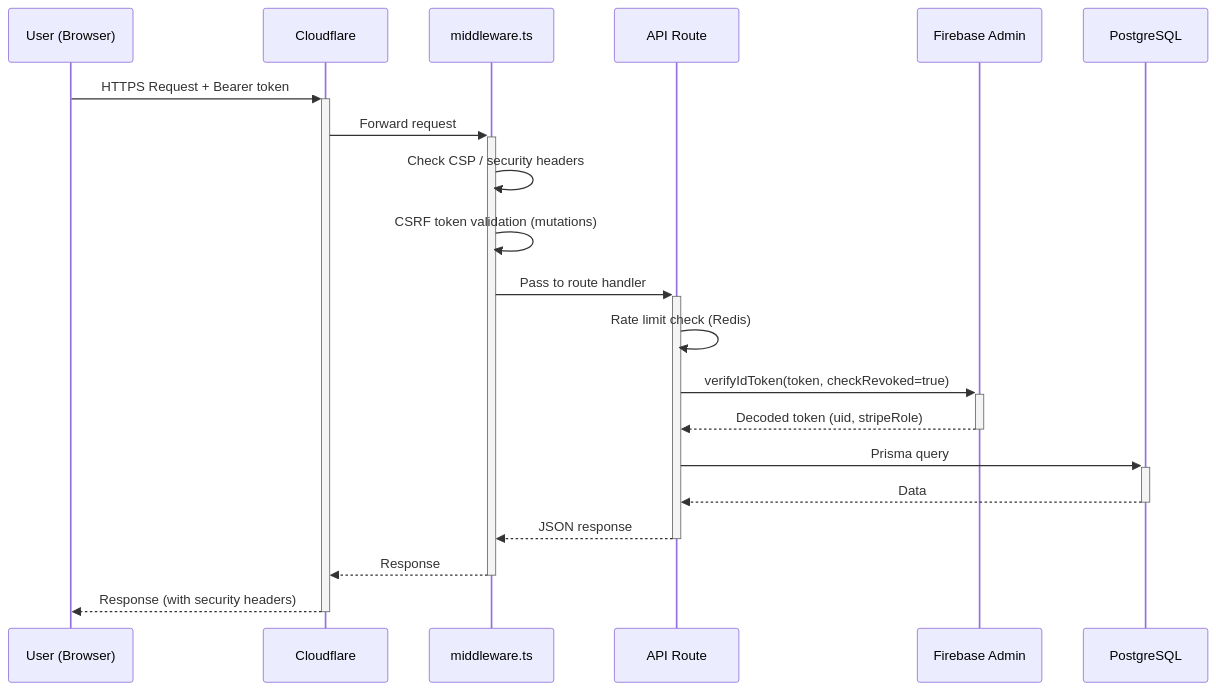
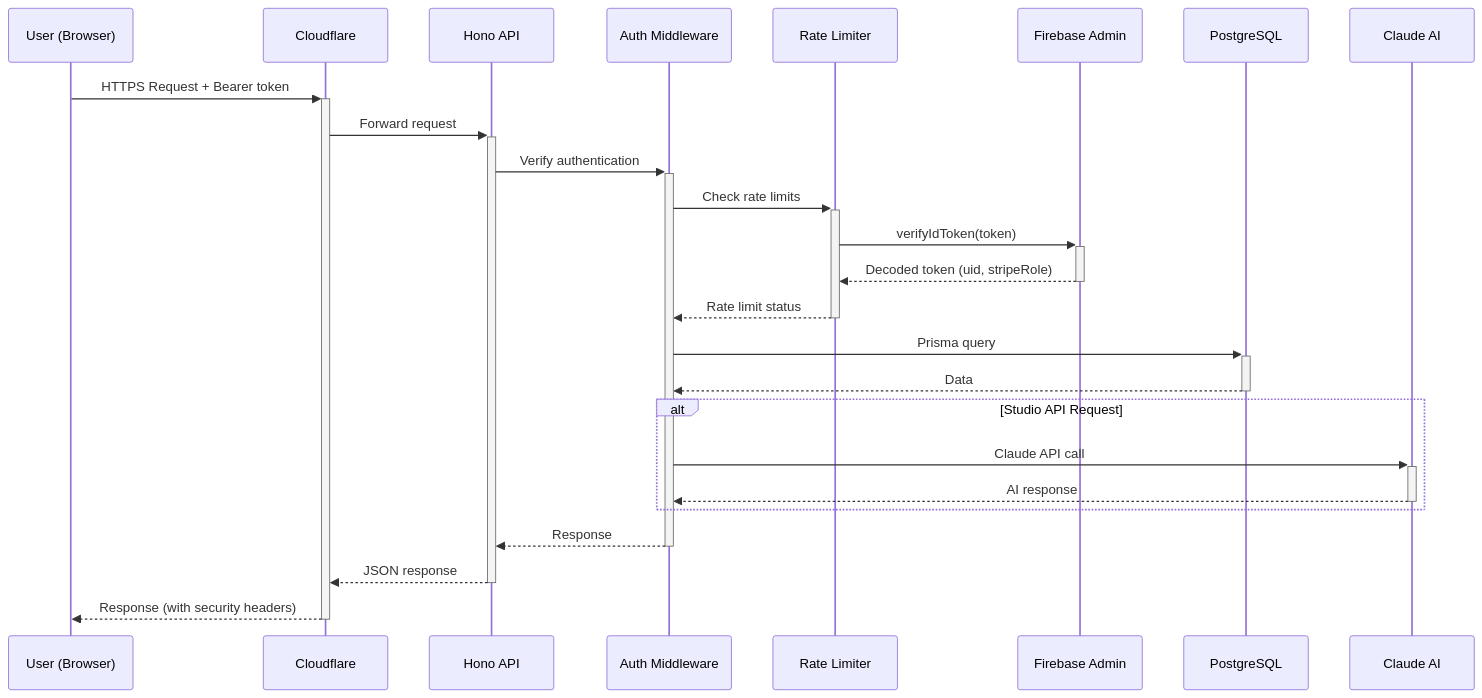
One commit to KennethAtchon/ContentAI changed the second of 5 diagrams in docs/architecture/diagrams.md. Above: the diagram before and after it, drawn with Mermaid. The commit also changed other lines of this file and 41 other files, not shown here.

Commit message:
add comprehensive documentation for ReelStudio domain architecture including studio system, generation pipeline, database schema, API routes, and rate limiting configurations

````diff
--- a/docs/architecture/diagrams.md
+++ b/docs/architecture/diagrams.md
@@ -65,23 +72,30 @@
 ```mermaid
 sequenceDiagram
     participant U as User (Browser)
     participant CF as Cloudflare
-    participant MW as middleware.ts
-    participant API as API Route
+    participant API as Hono API
+    participant Auth as Auth Middleware
+    participant RL as Rate Limiter
     participant FB as Firebase Admin
     participant DB as PostgreSQL
+    participant AI as Claude AI
 
     U->>+CF: HTTPS Request + Bearer token
-    CF->>+MW: Forward request
-    MW->>MW: Check CSP / security headers
-    MW->>MW: CSRF token validation (mutations)
-    MW->>+API: Pass to route handler
-    API->>API: Rate limit check (Redis)
-    API->>+FB: verifyIdToken(token, checkRevoked=true)
-    FB-->>-API: Decoded token (uid, stripeRole)
-    API->>+DB: Prisma query
-    DB-->>-API: Data
-    API-->>-MW: JSON response
-    MW-->>-CF: Response
+    CF->>+API: Forward request
+    API->>+Auth: Verify authentication
+    Auth->>+RL: Check rate limits
+    RL->>+FB: verifyIdToken(token)
+    FB-->>-RL: Decoded token (uid, stripeRole)
+    RL-->>-Auth: Rate limit status
+    Auth->>+DB: Prisma query
+    DB-->>-Auth: Data
+    
+    alt Studio API Request
+        Auth->>+AI: Claude API call
+        AI-->>-Auth: AI response
+    end
+    
+    Auth-->>-API: Response
+    API-->>-CF: JSON response
     CF-->>-U: Response (with security headers)
 ```
````
